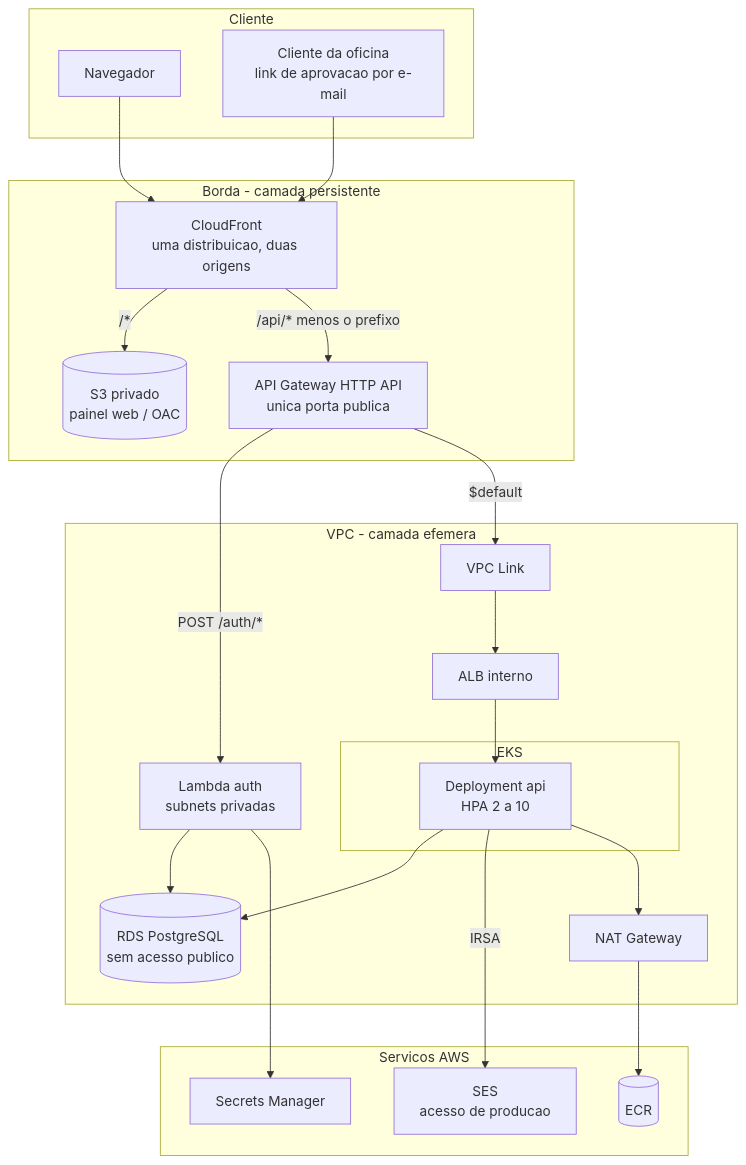
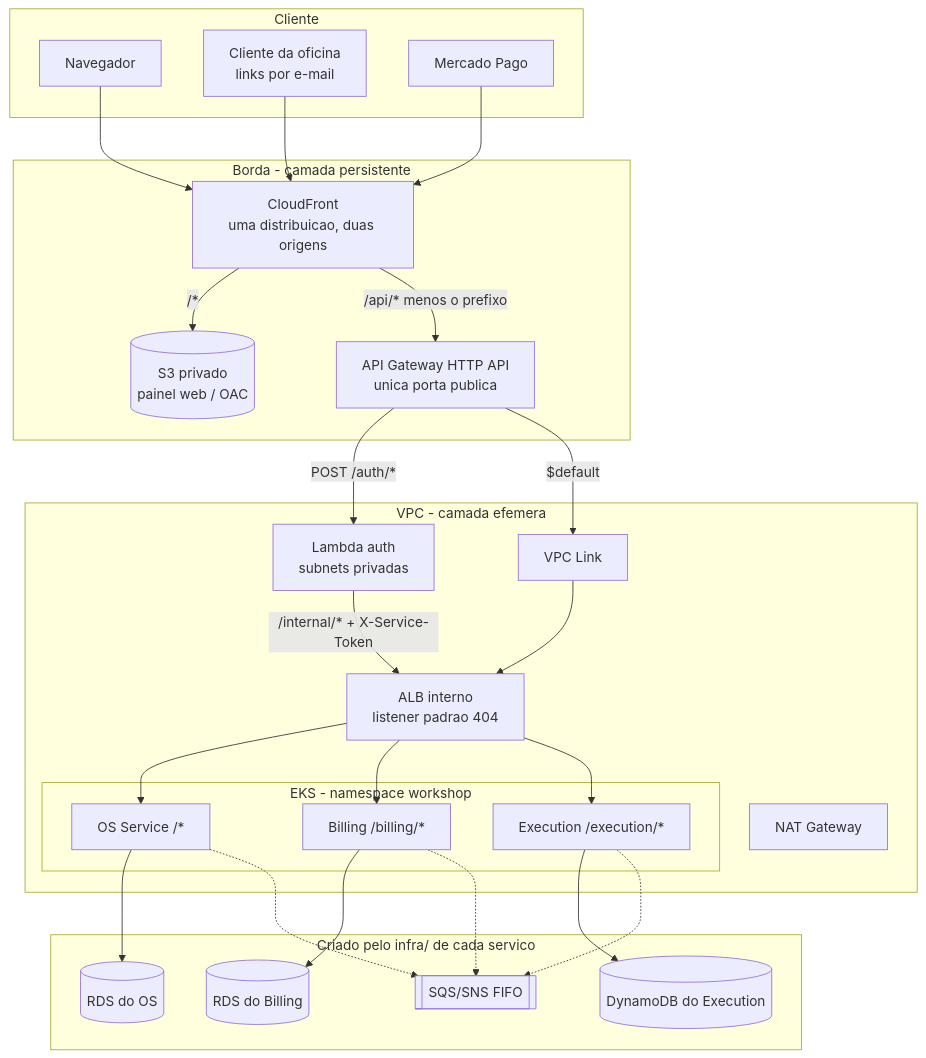
One commit to SOAT-15-Oficina/oficina-mecanica-infrastructure changed the first of 3 diagrams in README.md. Above: the diagram before and after it, drawn with Mermaid. The commit also changed other lines of this file and 4 other files, not shown here.

First line of the commit message:
Atualiza README e diagramas para a plataforma da Fase 4

````diff
--- a/README.md
+++ b/README.md
@@ -40,42 +44,51 @@
 ```mermaid
 flowchart TB
     subgraph browser [Cliente]
         U[Navegador]
-        MAIL[Cliente da oficina<br/>link de aprovacao por e-mail]
+        MAIL[Cliente da oficina<br/>links por e-mail]
+        MP[Mercado Pago]
     end
 
     subgraph edge [Borda - camada persistente]
         CF[CloudFront<br/>uma distribuicao, duas origens]
         S3[(S3 privado<br/>painel web / OAC)]
         GW[API Gateway HTTP API<br/>unica porta publica]
     end
 
     subgraph vpc [VPC - camada efemera]
         LINK[VPC Link]
-        ALB[ALB interno]
-        subgraph eks [EKS]
-            POD[Deployment api<br/>HPA 2 a 10]
+        ALB[ALB interno<br/>listener padrao 404]
+        subgraph eks [EKS - namespace workshop]
+            OS[OS Service /*]
+            BI[Billing /billing/*]
+            EX[Execution /execution/*]
         end
         LMB[Lambda auth<br/>subnets privadas]
-        RDS[(RDS PostgreSQL<br/>sem acesso publico)]
         NAT[NAT Gateway]
     end
 
-    subgraph aws [Servicos AWS]
-        SES[SES<br/>acesso de producao]
-        SM[Secrets Manager]
-        ECR[(ECR)]
+    subgraph svc [Criado pelo infra/ de cada servico]
+        RDSO[(RDS do OS)]
+        RDSB[(RDS do Billing)]
+        DDB[(DynamoDB do Execution)]
+        Q[[SQS/SNS FIFO]]
     end
 
     U --> CF
     MAIL --> CF
+    MP --> CF
     CF -->|/*| S3
     CF -->|/api/* menos o prefixo| GW
     GW -->|POST /auth/*| LMB
-    GW -->|$default| LINK --> ALB --> POD
-    LMB --> RDS
-    POD --> RDS
-    POD -->|IRSA| SES
-    LMB --> SM
-    POD --> NAT --> ECR
+    GW -->|$default| LINK --> ALB
+    ALB --> OS
+    ALB --> BI
+    ALB --> EX
+    LMB -->|/internal/* + X-Service-Token| ALB
+    OS --> RDSO
+    BI --> RDSB
+    EX --> DDB
+    OS -.-> Q
+    BI -.-> Q
+    EX -.-> Q
 ```
````
